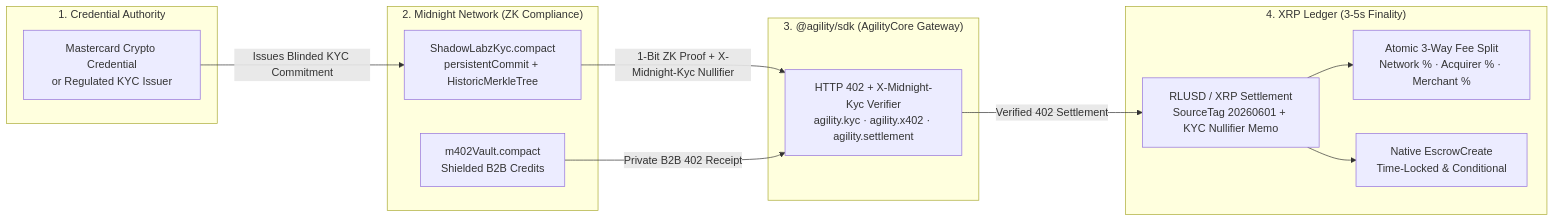
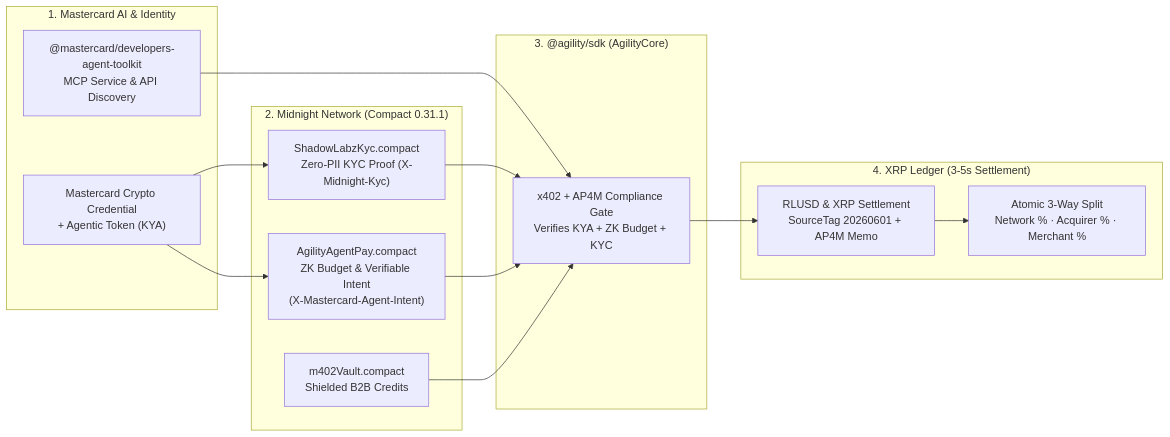
One commit to Island-Ghost/This-is-Swell changed the diagram in MASTERCARD_RIPPLE_SWELL_PITCH.md. Above: the diagram before and after it, drawn with Mermaid. The commit also changed other lines of this file and 16 other files, not shown here.

First line of the commit message:
Integrate Mastercard Developers Agent Toolkit, MCP server, and Agent Pay for Machines (AP4M) ZK contract

````diff
--- a/MASTERCARD_RIPPLE_SWELL_PITCH.md
+++ b/MASTERCARD_RIPPLE_SWELL_PITCH.md
@@ -29,28 +44,31 @@
 ```mermaid
 flowchart LR
-    subgraph MC["1. Credential Authority"]
-        issuer["Mastercard Crypto Credential<br/>or Regulated KYC Issuer"]
+    subgraph MC["1. Mastercard AI & Identity"]
+        mcp["@mastercard/developers-agent-toolkit<br/>MCP Service & API Discovery"]
+        kya["Mastercard Crypto Credential<br/>+ Agentic Token (KYA)"]
     end
 
-    subgraph MN["2. Midnight Network (ZK Compliance)"]
-        kyc["ShadowLabzKyc.compact<br/>persistentCommit + HistoricMerkleTree"]
+    subgraph MN["2. Midnight Network (Compact 0.31.1)"]
+        kyc["ShadowLabzKyc.compact<br/>Zero-PII KYC Proof (X-Midnight-Kyc)"]
+        ap4m["AgilityAgentPay.compact<br/>ZK Budget & Verifiable Intent<br/>(X-Mastercard-Agent-Intent)"]
         m402["m402Vault.compact<br/>Shielded B2B Credits"]
     end
 
-    subgraph SDK["3. @agility/sdk (AgilityCore Gateway)"]
-        gate["HTTP 402 + X-Midnight-Kyc Verifier<br/>agility.kyc · agility.x402 · agility.settlement"]
+    subgraph SDK["3. @agility/sdk (AgilityCore)"]
+        gate["x402 + AP4M Compliance Gate<br/>Verifies KYA + ZK Budget + KYC"]
     end
 
-    subgraph XRPL["4. XRP Ledger (3-5s Finality)"]
-        rlusd["RLUSD / XRP Settlement<br/>SourceTag 20260601 + KYC Nullifier Memo"]
-        split["Atomic 3-Way Fee Split<br/>Network % · Acquirer % · Merchant %"]
-        escrow["Native EscrowCreate<br/>Time-Locked & Conditional"]
+    subgraph XRPL["4. XRP Ledger (3-5s Settlement)"]
+        rlusd["RLUSD & XRP Settlement<br/>SourceTag 20260601 + AP4M Memo"]
+        split["Atomic 3-Way Split<br/>Network % · Acquirer % · Merchant %"]
     end
 
-    issuer -->|"Issues Blinded KYC Commitment"| kyc
-    kyc -->|"1-Bit ZK Proof + X-Midnight-Kyc Nullifier"| gate
-    m402 -->|"Private B2B 402 Receipt"| gate
-    gate -->|"Verified 402 Settlement"| rlusd
+    mcp --> gate
+    kya --> kyc
+    kya --> ap4m
+    kyc --> gate
+    ap4m --> gate
+    m402 --> gate
+    gate --> rlusd
     rlusd --> split
-    rlusd --> escrow
 ```
````
